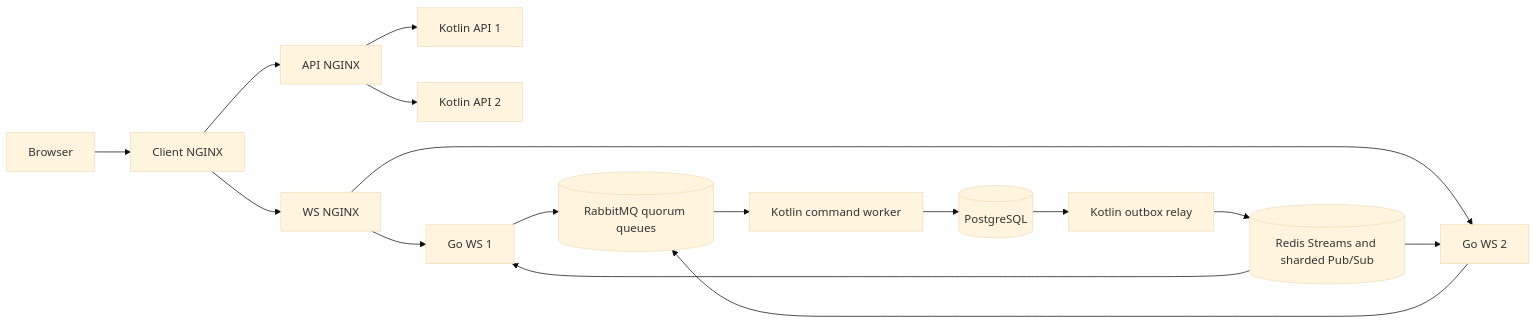
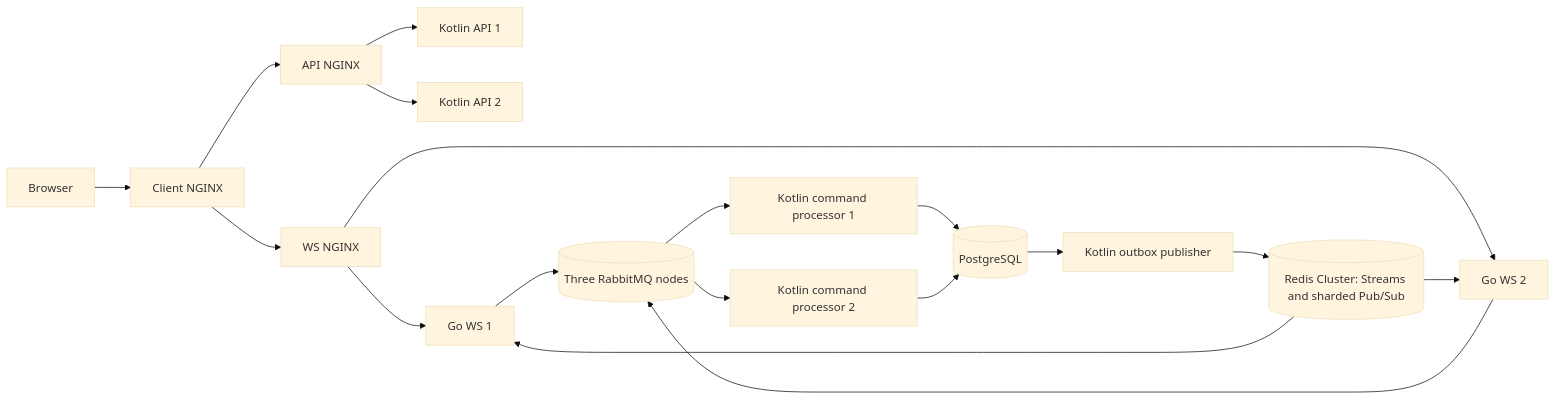
Before and after one commit to AndrewTinyakov/scalable-messenger: the diagram in README.md, drawn with Mermaid (base theme). The commit also changed other lines of this file and 307 other files, not shown here.

````diff
--- a/README.md
+++ b/README.md
@@ -25,18 +31,20 @@
 ```mermaid
 flowchart LR
   Browser --> Client[Client NGINX]
   Client --> APIProxy[API NGINX]
   Client --> WSProxy[WS NGINX]
   APIProxy --> API1[Kotlin API 1]
   APIProxy --> API2[Kotlin API 2]
   WSProxy --> WS1[Go WS 1]
   WSProxy --> WS2[Go WS 2]
-  WS1 --> Rabbit[(RabbitMQ quorum queues)]
+  WS1 --> Rabbit[(Three RabbitMQ nodes)]
   WS2 --> Rabbit
-  Rabbit --> Worker[Kotlin command worker]
-  Worker --> Postgres[(PostgreSQL)]
-  Postgres --> Relay[Kotlin outbox relay]
-  Relay --> Redis[(Redis Streams and sharded Pub/Sub)]
+  Rabbit --> Processor1[Kotlin command processor 1]
+  Rabbit --> Processor2[Kotlin command processor 2]
+  Processor1 --> Postgres[(PostgreSQL)]
+  Processor2 --> Postgres
+  Postgres --> Publisher[Kotlin outbox publisher]
+  Publisher --> Redis[(Redis Cluster: Streams and sharded Pub/Sub)]
   Redis --> WS1
   Redis --> WS2
 ```
````
